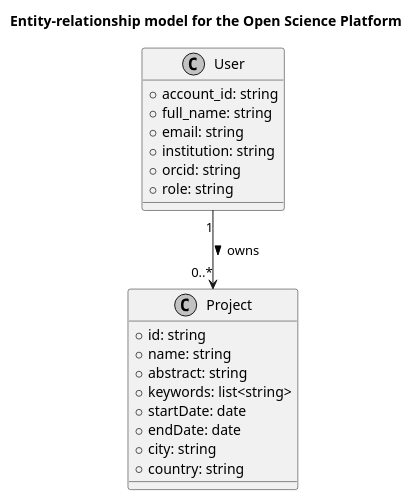
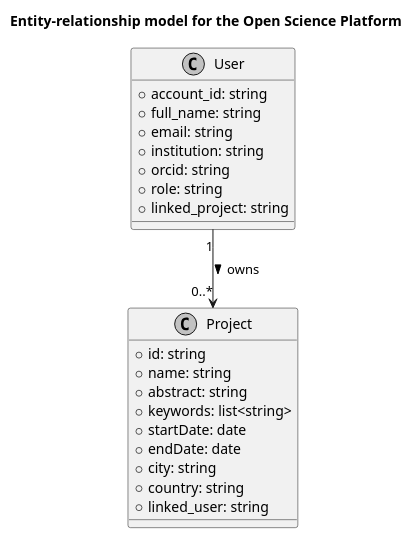
One commit to OliveiraEdu/d-OSP changed the diagram in diagrams/plantUML/entity_relationship_model.wsd. Above: the diagram before and after it, drawn with PlantUML. The commit also changed 7 other files, not shown here.

```diff
--- a/diagrams/plantUML/entity_relationship_model.wsd
+++ b/diagrams/plantUML/entity_relationship_model.wsd
@@ -1,30 +1,32 @@
 @startuml entity_relationship_model
 
 title Entity-relationship model for the Open Science Platform
 skinparam monochrome true
 
 top to bottom direction
 
 class "User" {
-  + account_id: string
+  + account_id: string 
   + full_name: string
   + email: string
   + institution: string
   + orcid: string
   + role: string
+  + linked_project: string
 }
 
 class "Project" {
   + id: string 
   + name: string
   + abstract: string
   + keywords: list<string>
   + startDate: date
   + endDate: date
   + city: string
   + country: string
+  + linked_user: string
 }
 
 User "1" --> "0..*" Project : owns >
 
 @enduml
```
